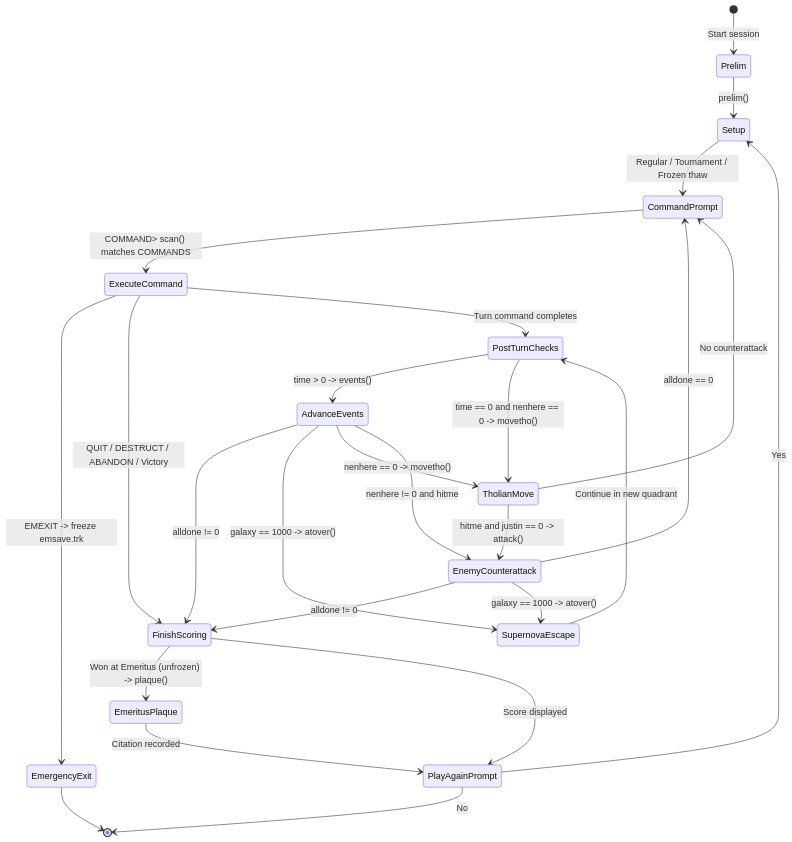
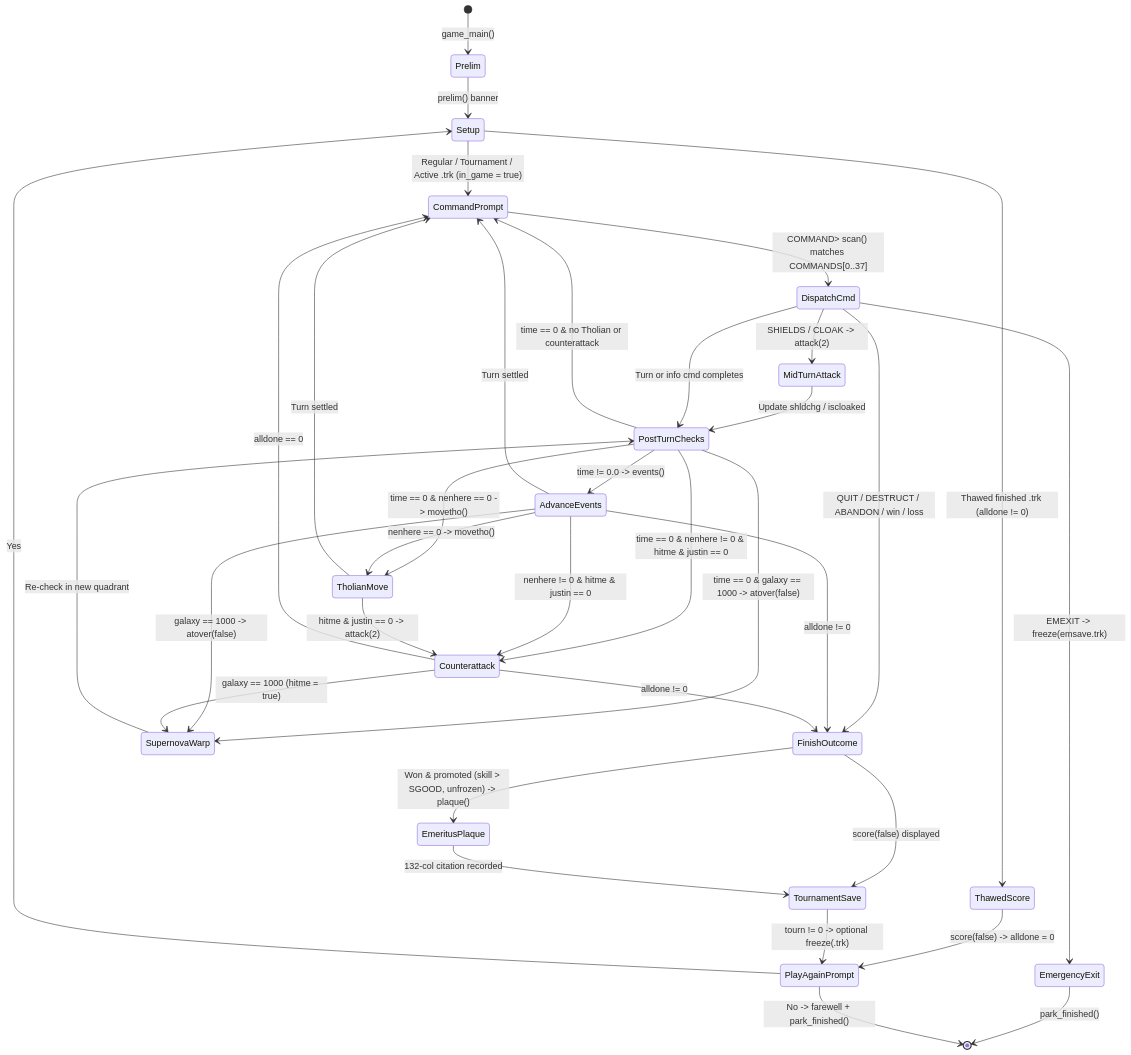
Before and after one commit to nbrandaleone/trek: the fifth of 5 diagrams in docs/architecture.md, drawn with Mermaid. The commit also changed other lines of this file and 2 other files, not shown here.

Commit message:
improved architecture diagram

````diff
--- a/docs/architecture.md
+++ b/docs/architecture.md
@@ -290,36 +328,47 @@
 ```mermaid
 stateDiagram-v2
-    [*] --> Prelim : Start session
-    Prelim --> Setup : prelim()
-    Setup --> CommandPrompt : Regular / Tournament / Frozen thaw
+    [*] --> Prelim : game_main()
+    Prelim --> Setup : prelim() banner
 
-    CommandPrompt --> ExecuteCommand : COMMAND> scan() matches COMMANDS
-    ExecuteCommand --> EmergencyExit : EMEXIT -> freeze emsave.trk
-    EmergencyExit --> [*]
+    Setup --> ThawedScore : Thawed finished .trk (alldone != 0)
+    Setup --> CommandPrompt : Regular / Tournament / Active .trk (in_game = true)
+    ThawedScore --> PlayAgainPrompt : score(false) -> alldone = 0
 
-    ExecuteCommand --> FinishScoring : QUIT / DESTRUCT / ABANDON / Victory
-    ExecuteCommand --> PostTurnChecks : Turn command completes
+    CommandPrompt --> DispatchCmd : COMMAND> scan() matches COMMANDS[0..37]
+    DispatchCmd --> EmergencyExit : EMEXIT -> freeze(emsave.trk)
+    EmergencyExit --> [*] : park_finished()
 
-    PostTurnChecks --> AdvanceEvents : time > 0 -> events()
-    PostTurnChecks --> TholianMove : time == 0 and nenhere == 0 -> movetho()
+    DispatchCmd --> MidTurnAttack : SHIELDS / CLOAK -> attack(2)
+    MidTurnAttack --> PostTurnChecks : Update shldchg / iscloaked
 
-    AdvanceEvents --> FinishScoring : alldone != 0
-    AdvanceEvents --> SupernovaEscape : galaxy == 1000 -> atover()
-    SupernovaEscape --> PostTurnChecks : Continue in new quadrant
+    DispatchCmd --> FinishOutcome : QUIT / DESTRUCT / ABANDON / win / loss
+    DispatchCmd --> PostTurnChecks : Turn or info cmd completes
+
+    PostTurnChecks --> AdvanceEvents : time != 0.0 -> events()
+    PostTurnChecks --> SupernovaWarp : time == 0 & galaxy == 1000 -> atover(false)
+    PostTurnChecks --> TholianMove : time == 0 & nenhere == 0 -> movetho()
+    PostTurnChecks --> Counterattack : time == 0 & nenhere != 0 & hitme & justin == 0
+    PostTurnChecks --> CommandPrompt : time == 0 & no Tholian or counterattack
+
+    AdvanceEvents --> FinishOutcome : alldone != 0
+    AdvanceEvents --> SupernovaWarp : galaxy == 1000 -> atover(false)
     AdvanceEvents --> TholianMove : nenhere == 0 -> movetho()
-    AdvanceEvents --> EnemyCounterattack : nenhere != 0 and hitme
+    AdvanceEvents --> Counterattack : nenhere != 0 & hitme & justin == 0
+    AdvanceEvents --> CommandPrompt : Turn settled
 
-    TholianMove --> EnemyCounterattack : hitme and justin == 0 -> attack()
-    TholianMove --> CommandPrompt : No counterattack
+    TholianMove --> Counterattack : hitme & justin == 0 -> attack(2)
+    TholianMove --> CommandPrompt : Turn settled
 
-    EnemyCounterattack --> FinishScoring : alldone != 0
-    EnemyCounterattack --> SupernovaEscape : galaxy == 1000 -> atover()
-    EnemyCounterattack --> CommandPrompt : alldone == 0
+    Counterattack --> FinishOutcome : alldone != 0
+    Counterattack --> SupernovaWarp : galaxy == 1000 (hitme = true)
+    Counterattack --> CommandPrompt : alldone == 0
+    SupernovaWarp --> PostTurnChecks : Re-check in new quadrant
 
-    FinishScoring --> EmeritusPlaque : Won at Emeritus (unfrozen) -> plaque()
-    FinishScoring --> PlayAgainPrompt : Score displayed
-    EmeritusPlaque --> PlayAgainPrompt : Citation recorded
+    FinishOutcome --> EmeritusPlaque : Won & promoted (skill > SGOOD, unfrozen) -> plaque()
+    FinishOutcome --> TournamentSave : score(false) displayed
+    EmeritusPlaque --> TournamentSave : 132-col citation recorded
 
+    TournamentSave --> PlayAgainPrompt : tourn != 0 -> optional freeze(.trk)
     PlayAgainPrompt --> Setup : Yes
-    PlayAgainPrompt --> [*] : No
+    PlayAgainPrompt --> [*] : No -> farewell + park_finished()
 ```
````
